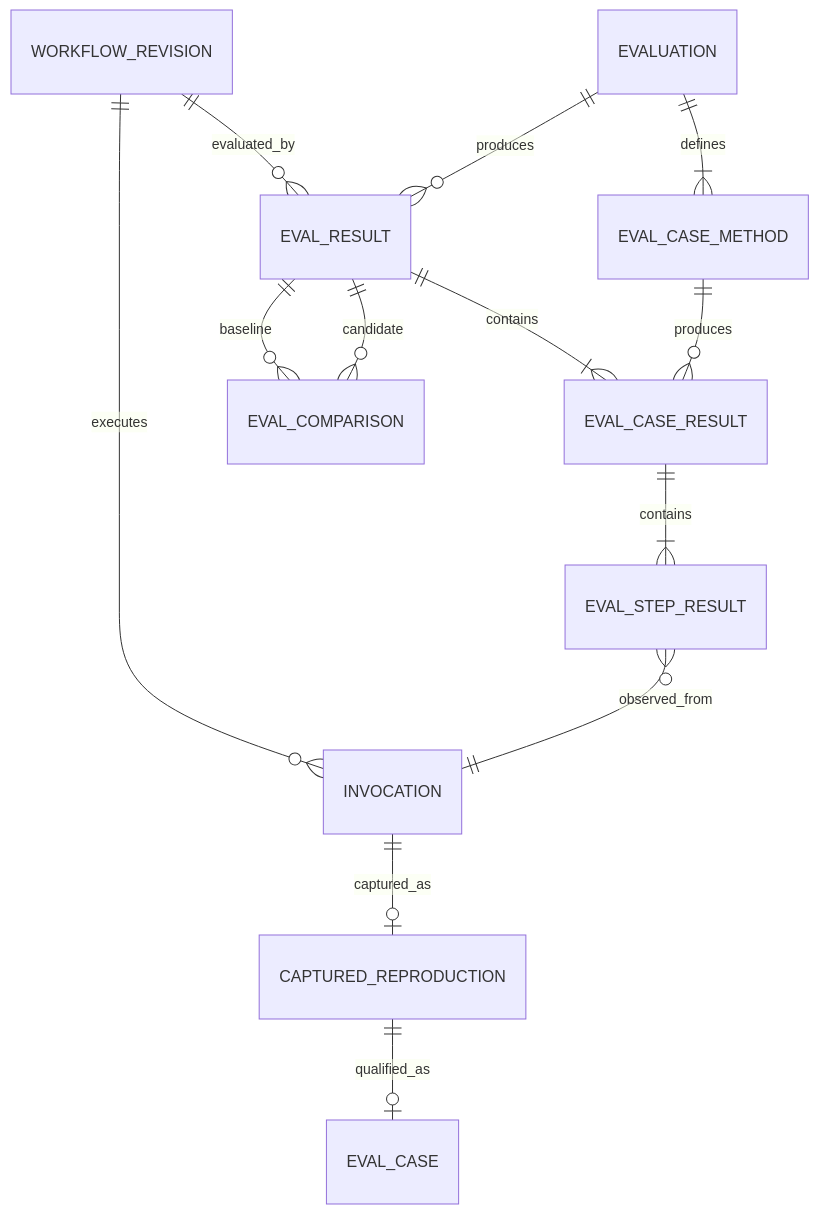
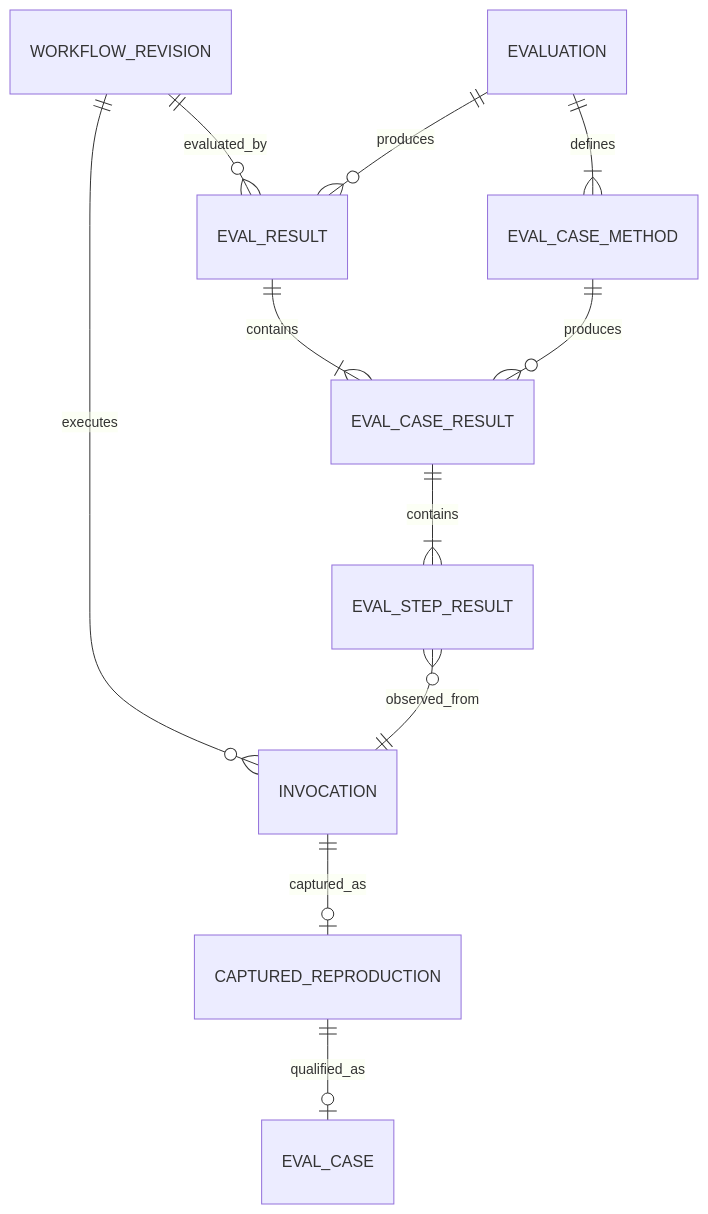
The fourth of 4 diagrams in MVP2.md (lilislight/AutoAgent), drawn with Mermaid before and after one commit. The commit also changed other lines of this file and 3 other files, not shown here.

````diff
--- a/MVP2.md
+++ b/MVP2.md
@@ -200,19 +196,16 @@
 ```mermaid
 erDiagram
     WORKFLOW_REVISION ||--o{ INVOCATION : executes
     WORKFLOW_REVISION ||--o{ EVAL_RESULT : evaluated_by
 
     EVALUATION ||--|{ EVAL_CASE_METHOD : defines
     EVALUATION ||--o{ EVAL_RESULT : produces
 
     EVAL_RESULT ||--|{ EVAL_CASE_RESULT : contains
     EVAL_CASE_METHOD ||--o{ EVAL_CASE_RESULT : produces
     EVAL_CASE_RESULT ||--|{ EVAL_STEP_RESULT : contains
     EVAL_STEP_RESULT }o--|| INVOCATION : observed_from
 
     INVOCATION ||--o| CAPTURED_REPRODUCTION : captured_as
     CAPTURED_REPRODUCTION ||--o| EVAL_CASE : qualified_as
-
-    EVAL_RESULT ||--o{ EVAL_COMPARISON : baseline
-    EVAL_RESULT ||--o{ EVAL_COMPARISON : candidate
 ```
````
